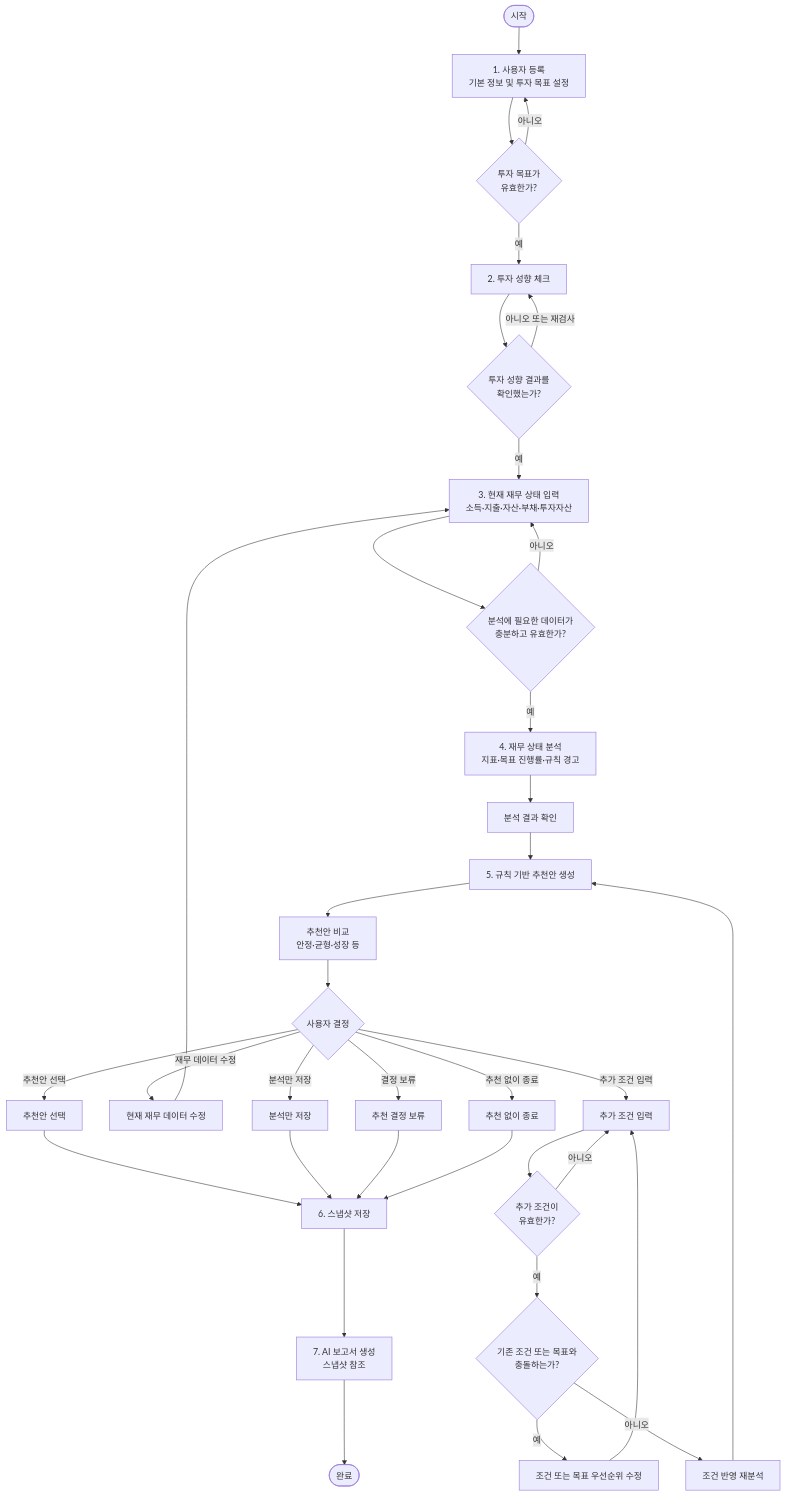
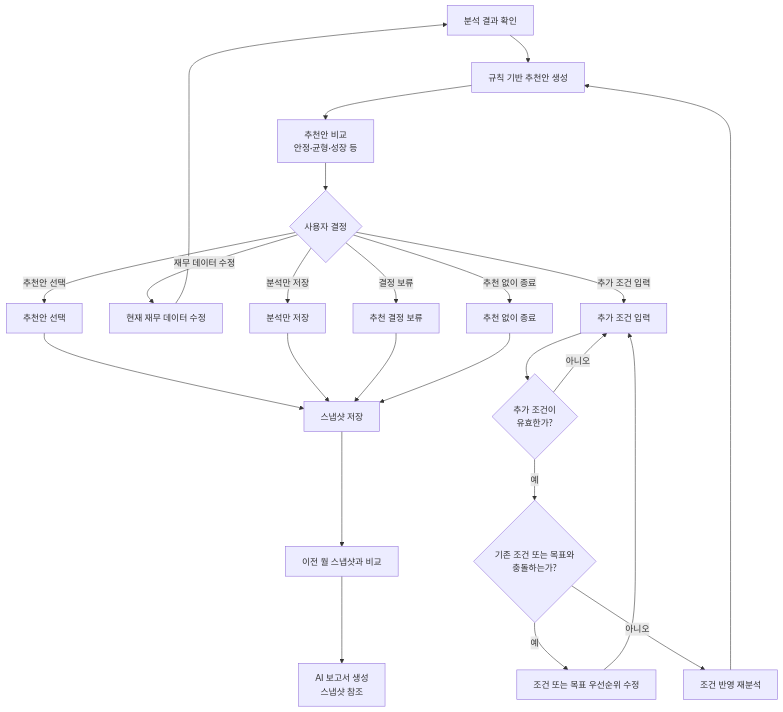
Before and after one commit to xenric/personal-finance-copilot: the second of 8 diagrams in docs/specifications/02-FLOW-CHART.md, drawn with Mermaid. The commit also changed 6 other files, not shown here.

````diff
--- a/docs/specifications/02-FLOW-CHART.md
+++ b/docs/specifications/02-FLOW-CHART.md
@@ -13,82 +61,54 @@
 ```mermaid
 flowchart TD
-    START([시작])
-
-    REGISTER["1. 사용자 등록<br/>기본 정보 및 투자 목표 설정"]
-    GOAL_VALIDATION{"투자 목표가<br/>유효한가?"}
-
-    RISK_PROFILE["2. 투자 성향 체크"]
-    RISK_CONFIRM{"투자 성향 결과를<br/>확인했는가?"}
-
-    FINANCIAL_INPUT["3. 현재 재무 상태 입력<br/>소득·지출·자산·부채·투자자산"]
-    DATA_VALIDATION{"분석에 필요한 데이터가<br/>충분하고 유효한가?"}
-
-    ANALYSIS["4. 재무 상태 분석<br/>지표·목표 진행률·규칙 경고"]
     ANALYSIS_RESULT["분석 결과 확인"]
 
-    RECOMMENDATION["5. 규칙 기반 추천안 생성"]
+    RECOMMENDATION["규칙 기반 추천안 생성"]
     OPTION_REVIEW["추천안 비교<br/>안정·균형·성장 등"]
     USER_DECISION{"사용자 결정"}
 
     ADD_CONDITION["추가 조건 입력"]
     CONDITION_VALIDATION{"추가 조건이<br/>유효한가?"}
     CONDITION_CONFLICT{"기존 조건 또는 목표와<br/>충돌하는가?"}
     RESOLVE_CONFLICT["조건 또는 목표 우선순위 수정"]
     REANALYSIS["조건 반영 재분석"]
 
     EDIT_DATA["현재 재무 데이터 수정"]
     SELECT_OPTION["추천안 선택"]
     ANALYSIS_ONLY["분석만 저장"]
     PENDING["추천 결정 보류"]
     CLOSE_NO_SELECTION["추천 없이 종료"]
 
-    SNAPSHOT["6. 스냅샷 저장"]
-    AI_REPORT["7. AI 보고서 생성<br/>스냅샷 참조"]
-    END([완료])
+    SNAPSHOT["스냅샷 저장"]
+    COMPARISON["이전 월 스냅샷과 비교"]
+    AI_REPORT["AI 보고서 생성<br/>스냅샷 참조"]
 
-    START --> REGISTER
-    REGISTER --> GOAL_VALIDATION
-
-    GOAL_VALIDATION -- "아니오" --> REGISTER
-    GOAL_VALIDATION -- "예" --> RISK_PROFILE
-
-    RISK_PROFILE --> RISK_CONFIRM
-    RISK_CONFIRM -- "아니오 또는 재검사" --> RISK_PROFILE
-    RISK_CONFIRM -- "예" --> FINANCIAL_INPUT
-
-    FINANCIAL_INPUT --> DATA_VALIDATION
-    DATA_VALIDATION -- "아니오" --> FINANCIAL_INPUT
-    DATA_VALIDATION -- "예" --> ANALYSIS
-
-    ANALYSIS --> ANALYSIS_RESULT
     ANALYSIS_RESULT --> RECOMMENDATION
     RECOMMENDATION --> OPTION_REVIEW
     OPTION_REVIEW --> USER_DECISION
 
     USER_DECISION -- "추천안 선택" --> SELECT_OPTION
     USER_DECISION -- "추가 조건 입력" --> ADD_CONDITION
     USER_DECISION -- "재무 데이터 수정" --> EDIT_DATA
     USER_DECISION -- "분석만 저장" --> ANALYSIS_ONLY
     USER_DECISION -- "결정 보류" --> PENDING
     USER_DECISION -- "추천 없이 종료" --> CLOSE_NO_SELECTION
 
-    EDIT_DATA --> FINANCIAL_INPUT
-
     ADD_CONDITION --> CONDITION_VALIDATION
     CONDITION_VALIDATION -- "아니오" --> ADD_CONDITION
     CONDITION_VALIDATION -- "예" --> CONDITION_CONFLICT
 
     CONDITION_CONFLICT -- "예" --> RESOLVE_CONFLICT
     RESOLVE_CONFLICT --> ADD_CONDITION
 
     CONDITION_CONFLICT -- "아니오" --> REANALYSIS
     REANALYSIS --> RECOMMENDATION
 
+    EDIT_DATA --> ANALYSIS_RESULT
     SELECT_OPTION --> SNAPSHOT
     ANALYSIS_ONLY --> SNAPSHOT
     PENDING --> SNAPSHOT
     CLOSE_NO_SELECTION --> SNAPSHOT
 
-    SNAPSHOT --> AI_REPORT
-    AI_REPORT --> END
+    SNAPSHOT --> COMPARISON
+    COMPARISON --> AI_REPORT
 ```
````
